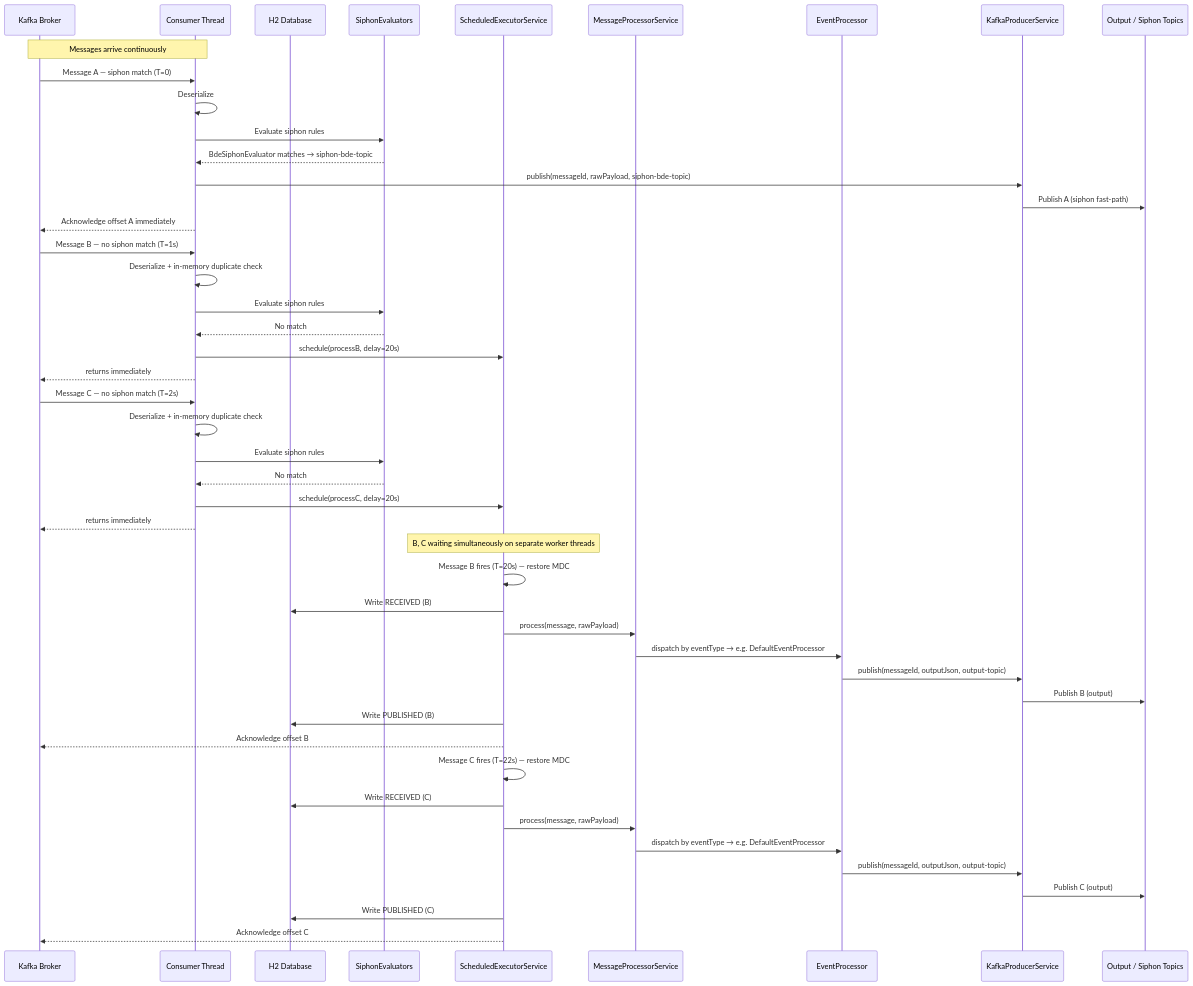
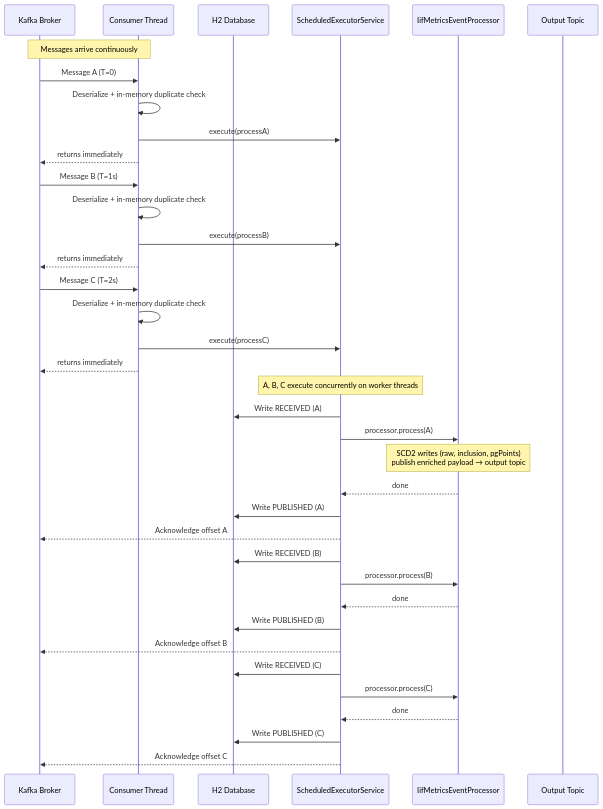
Before and after one commit to thzero/kafka-metrics: the diagram in concurrency-diagram.md, drawn with Mermaid. The commit also changed other lines of this file and 5 other files, not shown here.

````diff
--- a/concurrency-diagram.md
+++ b/concurrency-diagram.md
@@ -5,56 +5,47 @@
 ```mermaid
 sequenceDiagram
     participant K as Kafka Broker
     participant CT as Consumer Thread
     participant DB as H2 Database
-    participant SV as SiphonEvaluators
     participant SE as ScheduledExecutorService
-    participant MP as MessageProcessorService
-    participant EP as EventProcessor
-    participant KP as KafkaProducerService
-    participant OP as Output / Siphon Topics
+    participant EP as IifMetricsEventProcessor
+    participant OP as Output Topic
 
     Note over K,CT: Messages arrive continuously
 
-    K->>CT: Message A — siphon match (T=0)
-    CT->>CT: Deserialize
-    CT->>SV: Evaluate siphon rules
-    SV-->>CT: BdeSiphonEvaluator matches → siphon-bde-topic
-    CT->>KP: publish(messageId, rawPayload, siphon-bde-topic)
-    KP->>OP: Publish A (siphon fast-path)
-    CT-->>K: Acknowledge offset A immediately
-
-    K->>CT: Message B — no siphon match (T=1s)
+    K->>CT: Message A (T=0)
     CT->>CT: Deserialize + in-memory duplicate check
-    CT->>SV: Evaluate siphon rules
-    SV-->>CT: No match
-    CT->>SE: schedule(processB, delay=20s)
+    CT->>SE: execute(processA)
     CT-->>K: returns immediately
 
-    K->>CT: Message C — no siphon match (T=2s)
+    K->>CT: Message B (T=1s)
     CT->>CT: Deserialize + in-memory duplicate check
-    CT->>SV: Evaluate siphon rules
-    SV-->>CT: No match
-    CT->>SE: schedule(processC, delay=20s)
+    CT->>SE: execute(processB)
     CT-->>K: returns immediately
 
-    Note over SE: B, C waiting simultaneously on separate worker threads
+    K->>CT: Message C (T=2s)
+    CT->>CT: Deserialize + in-memory duplicate check
+    CT->>SE: execute(processC)
+    CT-->>K: returns immediately
 
-    SE->>SE: Message B fires (T=20s) — restore MDC
+    Note over SE: A, B, C execute concurrently on worker threads
+
+    SE->>DB: Write RECEIVED (A)
+    SE->>EP: processor.process(A)
+    Note over EP: SCD2 writes (raw, inclusion, pgPoints)<br/>publish enriched payload → output topic
+    EP-->>SE: done
+    SE->>DB: Write PUBLISHED (A)
+    SE-->>K: Acknowledge offset A
+
     SE->>DB: Write RECEIVED (B)
-    SE->>MP: process(message, rawPayload)
-    MP->>EP: dispatch by eventType → e.g. DefaultEventProcessor
-    EP->>KP: publish(messageId, outputJson, output-topic)
-    KP->>OP: Publish B (output)
+    SE->>EP: processor.process(B)
+    EP-->>SE: done
     SE->>DB: Write PUBLISHED (B)
     SE-->>K: Acknowledge offset B
 
-    SE->>SE: Message C fires (T=22s) — restore MDC
     SE->>DB: Write RECEIVED (C)
-    SE->>MP: process(message, rawPayload)
-    MP->>EP: dispatch by eventType → e.g. DefaultEventProcessor
-    EP->>KP: publish(messageId, outputJson, output-topic)
-    KP->>OP: Publish C (output)
+    SE->>EP: processor.process(C)
+    EP-->>SE: done
     SE->>DB: Write PUBLISHED (C)
     SE-->>K: Acknowledge offset C
 ```
````
